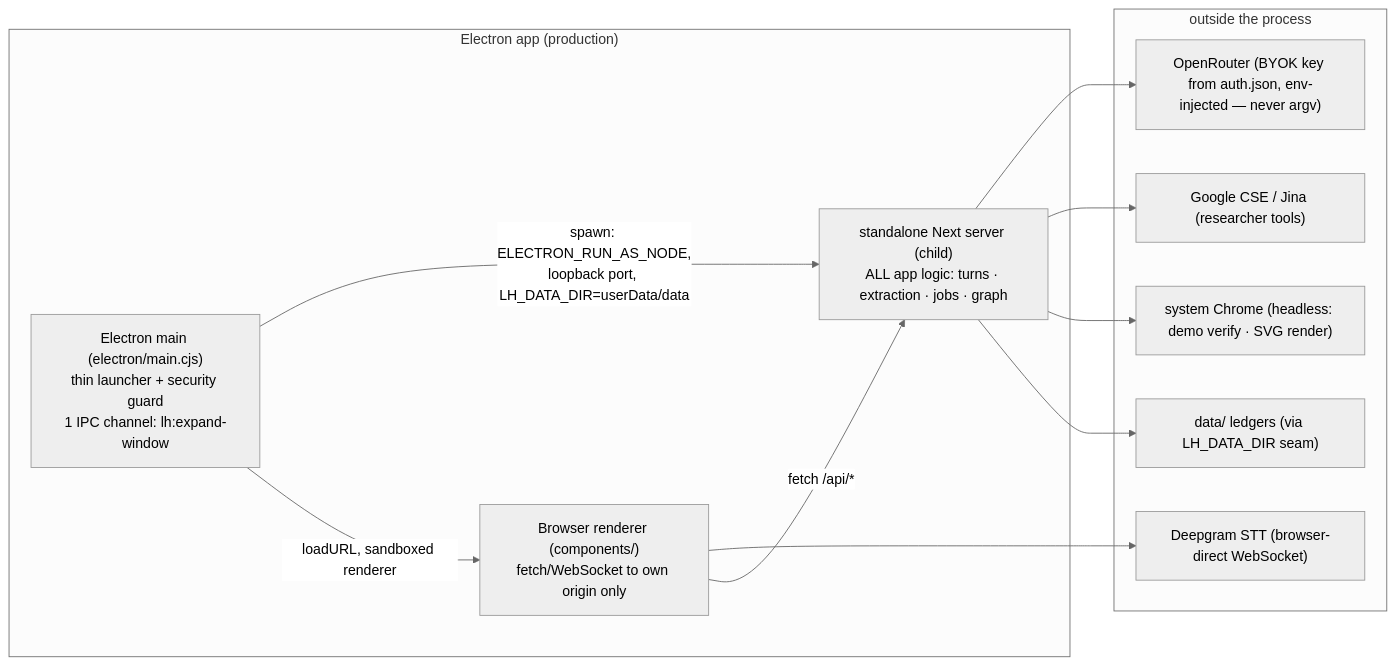
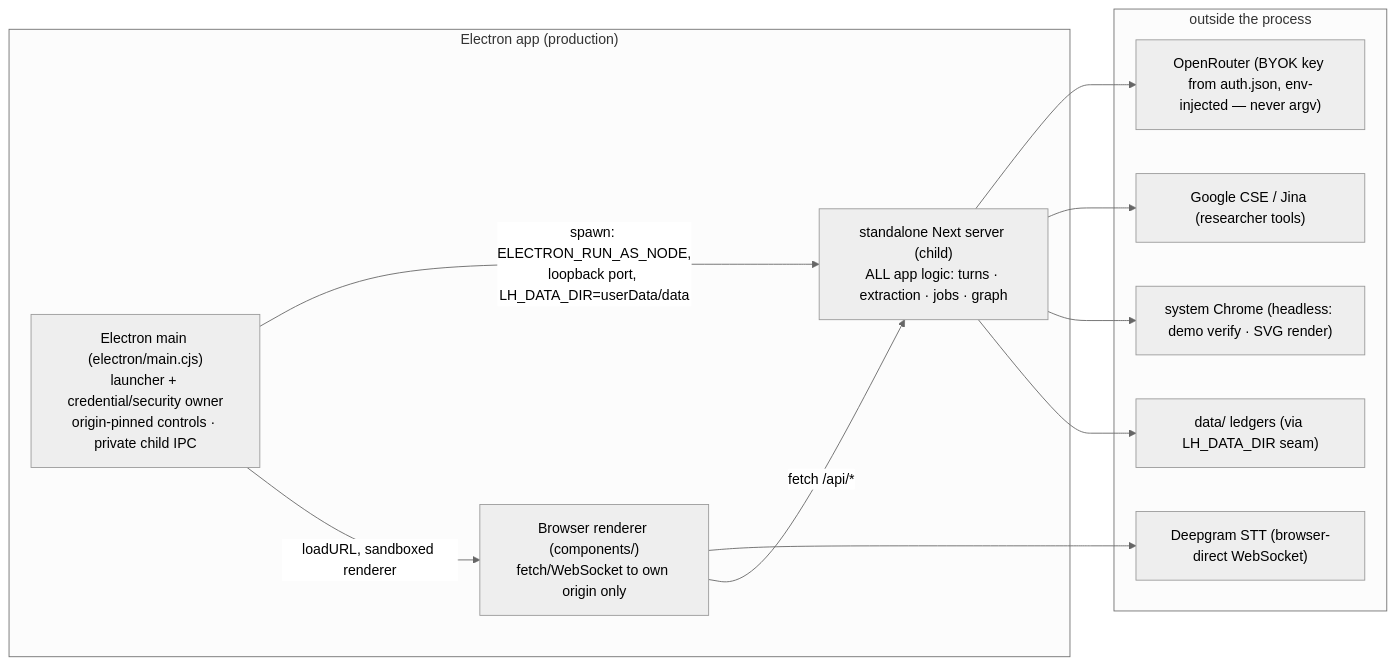
The seventh of 7 diagrams in docs/architecture.md (0xCUB3/learnharness), drawn with Mermaid (neutral theme) before and after one commit. The commit also changed other lines of this file and 48 other files, not shown here.

````diff
--- a/docs/architecture.md
+++ b/docs/architecture.md
@@ -399,20 +399,20 @@
 ```mermaid
 flowchart LR
     subgraph DESKTOP["Electron app (production)"]
-        MAIN["Electron main (electron/main.cjs)<br/>thin launcher + security guard<br/>1 IPC channel: lh:expand-window"] -->|"spawn: ELECTRON_RUN_AS_NODE,<br/>loopback port, LH_DATA_DIR=userData/data"| NEXT["standalone Next server (child)<br/>ALL app logic: turns · extraction · jobs · graph"]
+        MAIN["Electron main (electron/main.cjs)<br/>launcher + credential/security owner<br/>origin-pinned controls · private child IPC"] -->|"spawn: ELECTRON_RUN_AS_NODE,<br/>loopback port, LH_DATA_DIR=userData/data"| NEXT["standalone Next server (child)<br/>ALL app logic: turns · extraction · jobs · graph"]
         MAIN -->|"loadURL, sandboxed renderer"| REND["Browser renderer (components/)<br/>fetch/WebSocket to own origin only"]
     end
     subgraph OUTSIDE["outside the process"]
         OR["OpenRouter (BYOK key from auth.json, env-injected — never argv)"]
         DG["Deepgram STT (browser-direct WebSocket)"]
         GCSE["Google CSE / Jina (researcher tools)"]
         CHROME["system Chrome (headless: demo verify · SVG render)"]
         DISK["data/ ledgers (via LH_DATA_DIR seam)"]
     end
     NEXT --> OR
     NEXT --> GCSE
     NEXT --> CHROME
     NEXT --> DISK
     REND --> DG
     REND -->|"fetch /api/*"| NEXT
 ```
````
